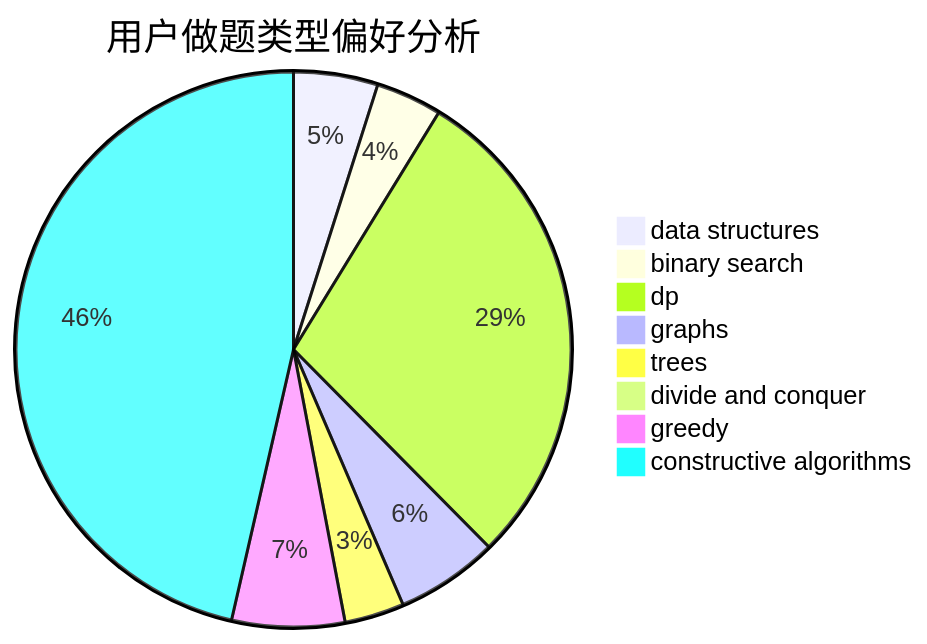
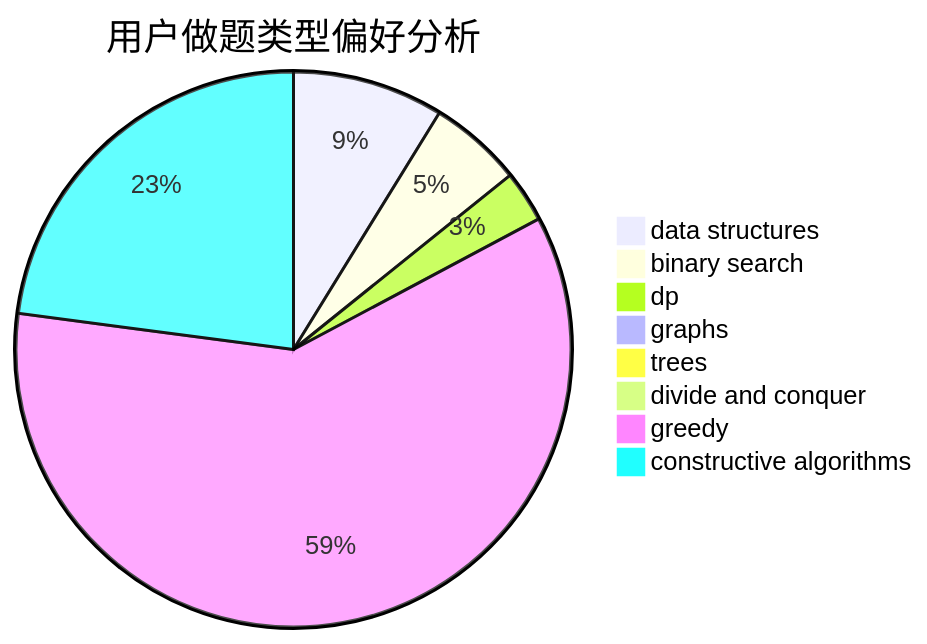
One commit to sherpahu/cfrs.github.io changed the second of 3 diagrams in docs/user/u2643.md. Above: the diagram before and after it, drawn with Mermaid. The commit also changed other lines of this file and 2770 other files, not shown here.

````diff
--- a/docs/user/u2643.md
+++ b/docs/user/u2643.md
@@ -23,11 +23,11 @@
 ```mermaid
 pie title 用户做题类型偏好分析
-    "data structures" :  65
-    "binary search" :  51
-    "dp" :  382
-    "graphs" :  79
-    "trees" :  46
+    "data structures" :  94
+    "binary search" :  58
+    "dp" :  32
+    "graphs" :  7
+    "trees" :  2
     "divide and conquer" :  0
-    "greedy" :  87
-    "constructive algorithms" :  615
+    "greedy" :  640
+    "constructive algorithms" :  245
 ```
````
